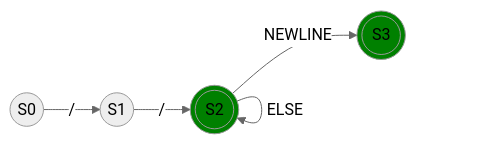
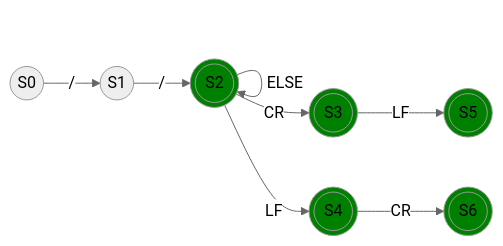
The first of 2 diagrams in grammar/lexical_analysis/comments.md (henryk-kramer/quartz-lang), drawn with Mermaid (neutral theme) before and after one commit. The commit also changed other lines of this file and 3 other files, not shown here.

````diff
--- a/grammar/lexical_analysis/comments.md
+++ b/grammar/lexical_analysis/comments.md
@@ -13,14 +13,23 @@
 ```mermaid
 graph LR;
     A((S0))
     B((S1))
     C(((S2)))
     D(((S3)))
+    E(((S4)))
+    F(((S5)))
+    G(((S6)))
     style C fill: green
     style D fill: green
+    style E fill: green
+    style F fill: green
+    style G fill: green
 
     A -- / --> B
     B -- / --> C
     C -- ELSE --> C
-    C -- NEWLINE --> D
+    C -- CR --> D
+    C -- LF --> E
+    D -- LF --> F
+    E -- CR --> G
 ```
````
